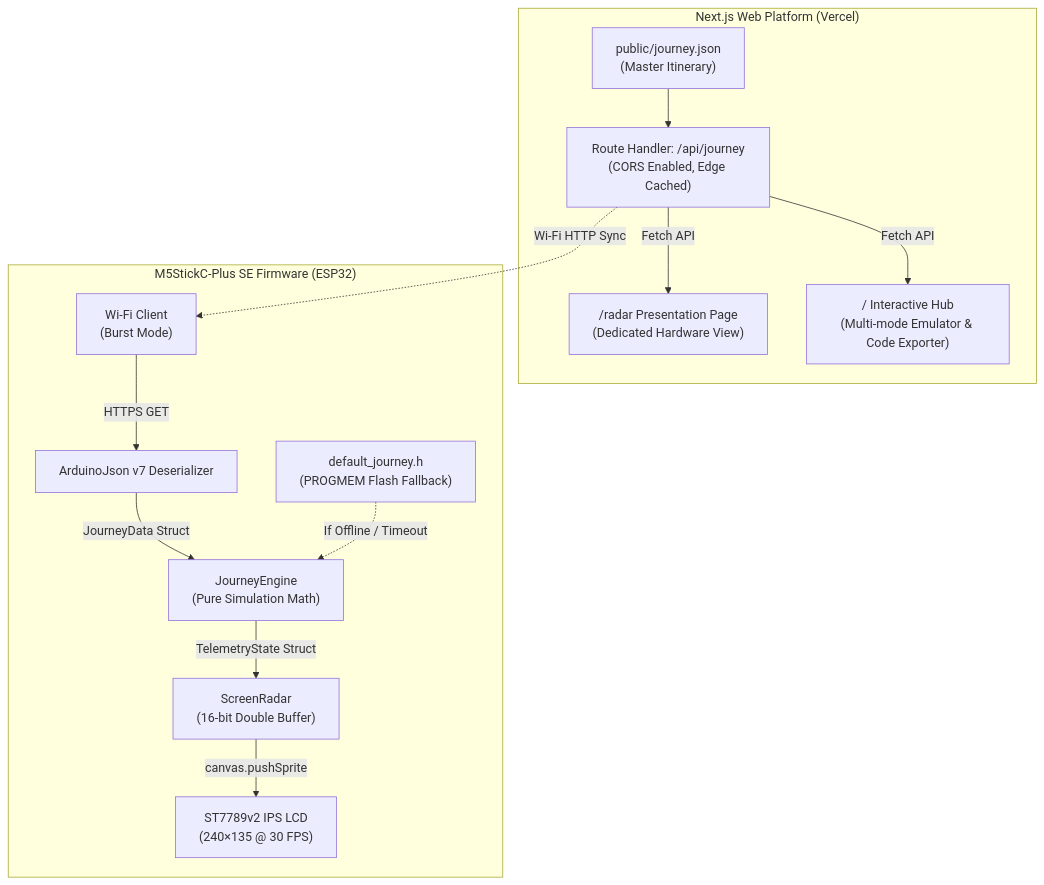
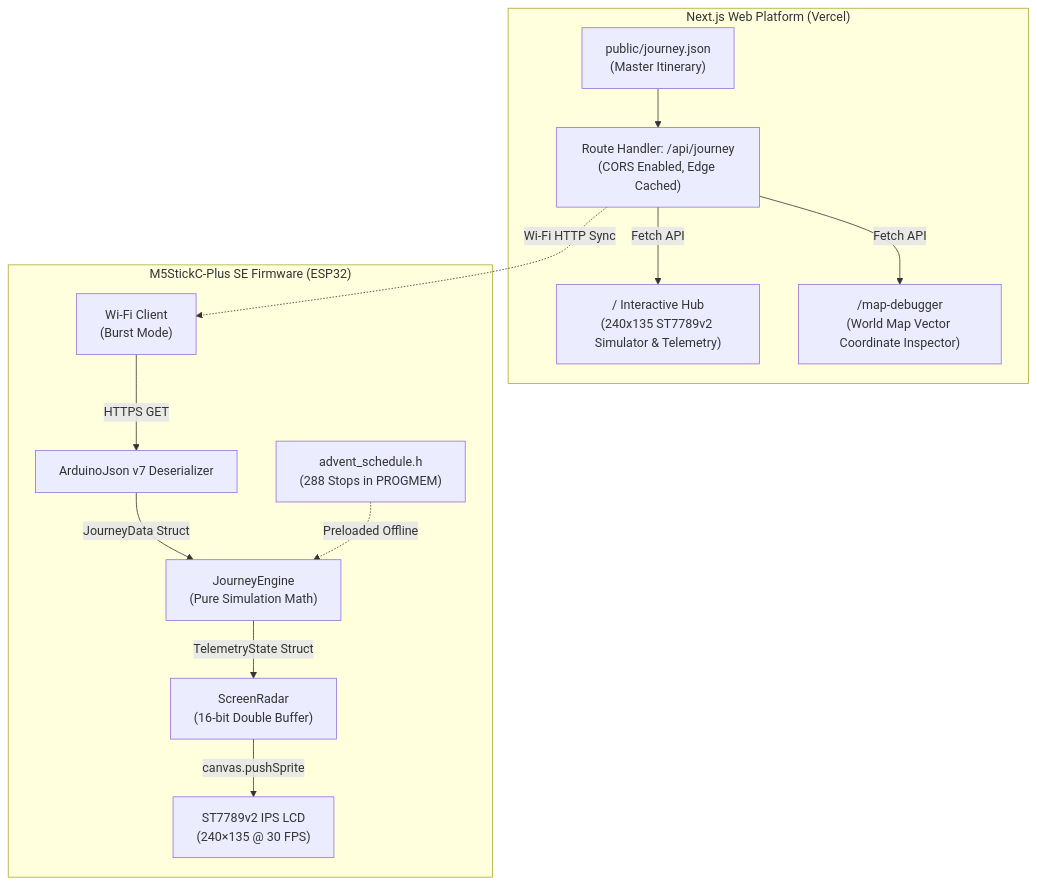
Before and after one commit to frogermcs/santa-tracker: the first of 2 diagrams in docs/ARCHITECTURE.md, drawn with Mermaid. The commit also changed other lines of this file and 3 other files, not shown here.

Commit message:
docs: update README, ARCHITECTURE, ROADMAP, and PRD for preloaded 24-day schedule and 1:1 controls (#2)

````diff
--- a/docs/ARCHITECTURE.md
+++ b/docs/ARCHITECTURE.md
@@ -11,30 +11,30 @@
 ```mermaid
 flowchart TD
     subgraph Cloud["Next.js Web Platform (Vercel)"]
         DataFile["public/journey.json<br/>(Master Itinerary)"]
         API["Route Handler: /api/journey<br/>(CORS Enabled, Edge Cached)"]
-        WebRadar["/radar Presentation Page<br/>(Dedicated Hardware View)"]
-        WebHub["/ Interactive Hub<br/>(Multi-mode Emulator & Code Exporter)"]
+        WebHub["/ Interactive Hub<br/>(240x135 ST7789v2 Simulator & Telemetry)"]
+        MapDebugger["/map-debugger<br/>(World Map Vector Coordinate Inspector)"]
         
         DataFile --> API
-        API -->|Fetch API| WebRadar
         API -->|Fetch API| WebHub
+        API -->|Fetch API| MapDebugger
     end
 
     subgraph IoT["M5StickC-Plus SE Firmware (ESP32)"]
         WiFi["Wi-Fi Client<br/>(Burst Mode)"]
         JSONParser["ArduinoJson v7 Deserializer"]
-        EmbeddedFlash["default_journey.h<br/>(PROGMEM Flash Fallback)"]
+        AdventFlash["advent_schedule.h<br/>(288 Stops in PROGMEM)"]
         CoreEngine["JourneyEngine<br/>(Pure Simulation Math)"]
         RadarRenderer["ScreenRadar<br/>(16-bit Double Buffer)"]
         HardwareDisplay["ST7789v2 IPS LCD<br/>(240×135 @ 30 FPS)"]
 
         WiFi -->|HTTPS GET| JSONParser
         JSONParser -->|JourneyData Struct| CoreEngine
-        EmbeddedFlash -.->|If Offline / Timeout| CoreEngine
+        AdventFlash -.->|Preloaded Offline| CoreEngine
         CoreEngine -->|TelemetryState Struct| RadarRenderer
         RadarRenderer -->|canvas.pushSprite| HardwareDisplay
     end
 
     API -.->|Wi-Fi HTTP Sync| WiFi
 ```
````
